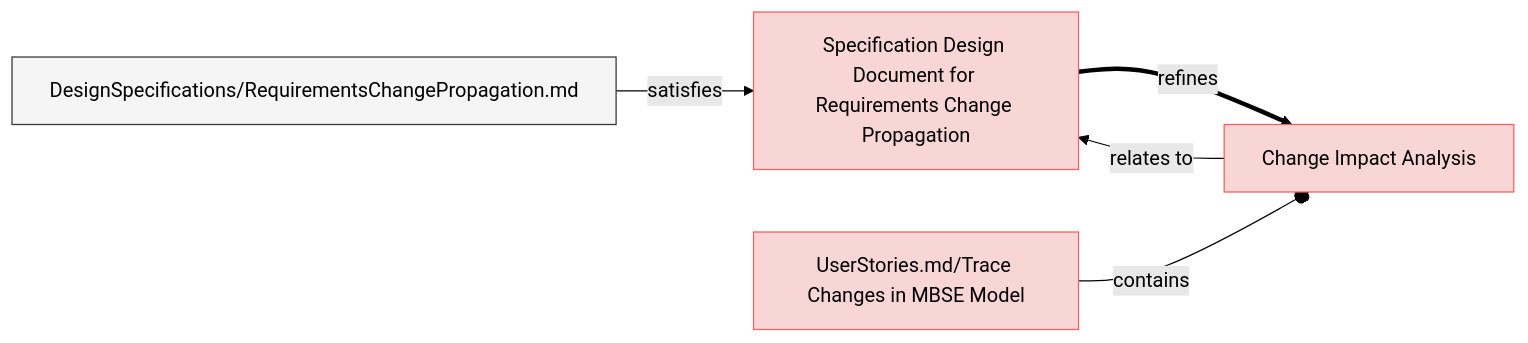
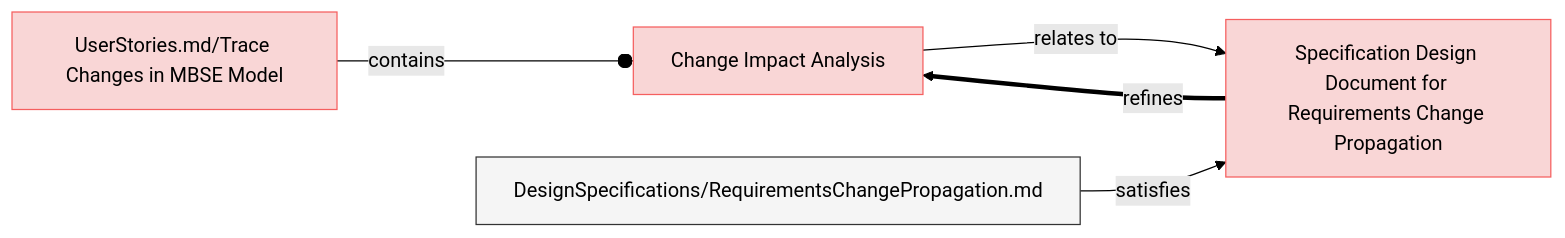
Before and after one commit to reqvire-org/reqvire: the ninth of 10 diagrams in specifications/UserRequirements.md, drawn with Mermaid (forest theme). The commit also changed other lines of this file and 16 other files, not shown here.

````diff
--- a/specifications/UserRequirements.md
+++ b/specifications/UserRequirements.md
@@ -863,25 +863,25 @@
 ```mermaid
 graph LR;
   %% Graph styling
   classDef requirement fill:#f9d6d6,stroke:#f55f5f,stroke-width:1px;
   classDef verification fill:#d6f9d6,stroke:#5fd75f,stroke-width:1px;
   classDef externalLink fill:#d0e0ff,stroke:#3080ff,stroke-width:1px;
   classDef default fill:#f5f5f5,stroke:#333333,stroke-width:1px;
 
+  bae5edae94["Change Impact Analysis"];
+  click bae5edae94 "UserRequirements.md#change-impact-analysis";
+  class bae5edae94 requirement;
+  36d8b2eb16["UserStories.md/Trace Changes in MBSE Model"];
+  class 36d8b2eb16 requirement;
+  click 36d8b2eb16 "UserStories.md#trace-changes-in-mbse-model";
+  36d8b2eb16 --o|contains| bae5edae94;
   442da629f6["Specification Design Document for Requirements Change Propagation"];
+  class 442da629f6 requirement;
   click 442da629f6 "UserRequirements.md#specification-design-document-for-requirements-change-propagation";
-  class 442da629f6 requirement;
-  bae5edae94["Change Impact Analysis"];
-  class bae5edae94 requirement;
-  click bae5edae94 "UserRequirements.md#change-impact-analysis";
+  bae5edae94 -->|relates to| 442da629f6;
   442da629f6 ==>|refines| bae5edae94;
   33e6fb86b3["DesignSpecifications/RequirementsChangePropagation.md"];
   class 33e6fb86b3 default;
   click 33e6fb86b3 "DesignSpecifications/RequirementsChangePropagation.md";
   33e6fb86b3 -->|satisfies| 442da629f6;
-  36d8b2eb16["UserStories.md/Trace Changes in MBSE Model"];
-  class 36d8b2eb16 requirement;
-  click 36d8b2eb16 "UserStories.md#trace-changes-in-mbse-model";
-  36d8b2eb16 --o|contains| bae5edae94;
-  bae5edae94 -->|relates to| 442da629f6;
 ```
````
